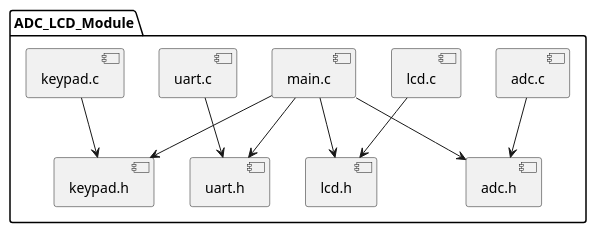
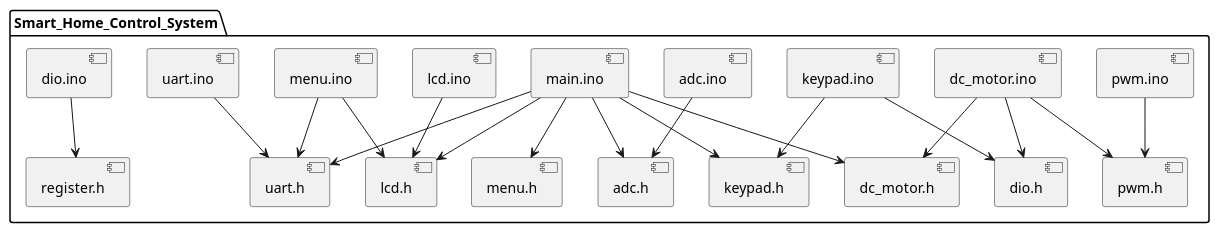
Before and after one commit to malikanas553/Smart-Home-Control-System: the third of 3 diagrams in design/project_design_tpl.md, drawn with PlantUML. The commit also changed other lines of this file, not shown here.

````diff
--- a/design/project_design_tpl.md
+++ b/design/project_design_tpl.md
@@ -150,14 +163,22 @@
-```plantuml
 @startuml
-package "ADC_LCD_Module" {
-    [adc.c] --> [adc.h]
-    [lcd.c] --> [lcd.h]
-    [uart.c] --> [uart.h]
-    [keypad.c] --> [keypad.h]
-    [main.c] --> [adc.h]
-    [main.c] --> [lcd.h]
-    [main.c] --> [uart.h]
-    [main.c] --> [keypad.h]
+package "Smart_Home_Control_System" {
+    [adc.ino] --> [adc.h]
+    [lcd.ino] --> [lcd.h]
+    [uart.ino] --> [uart.h]
+    [keypad.ino] --> [keypad.h]
+    [keypad.ino] --> [dio.h]
+    [pwm.ino] --> [pwm.h]
+    [dc_motor.ino] --> [dc_motor.h]
+    [dc_motor.ino] --> [dio.h]
+    [dc_motor.ino] --> [pwm.h]
+    [menu.ino] --> [lcd.h]
+    [menu.ino] --> [uart.h]
+    [main.ino] --> [adc.h]
+    [main.ino] --> [lcd.h]
+    [main.ino] --> [uart.h]
+    [main.ino] --> [keypad.h]
+    [main.ino] --> [dc_motor.h]
+    [main.ino] --> [menu.h]
+    [dio.ino] --> [register.h]
 }
 @enduml
-```
````
